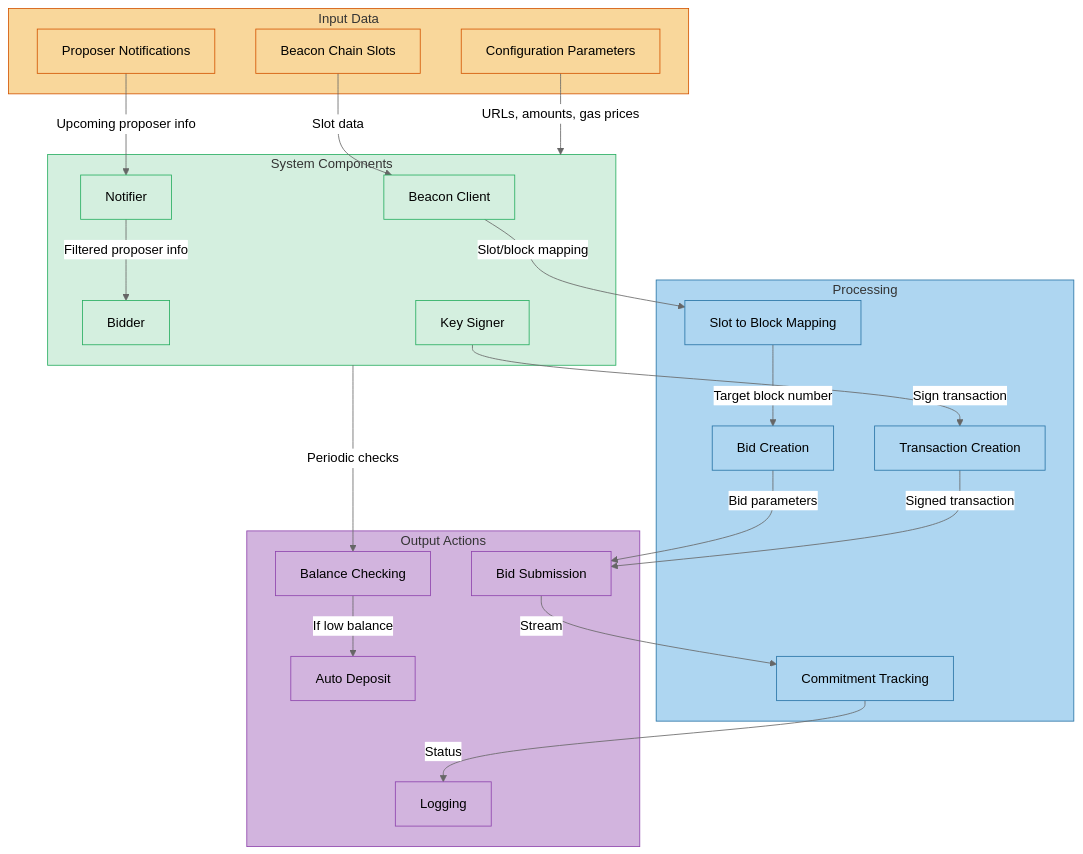
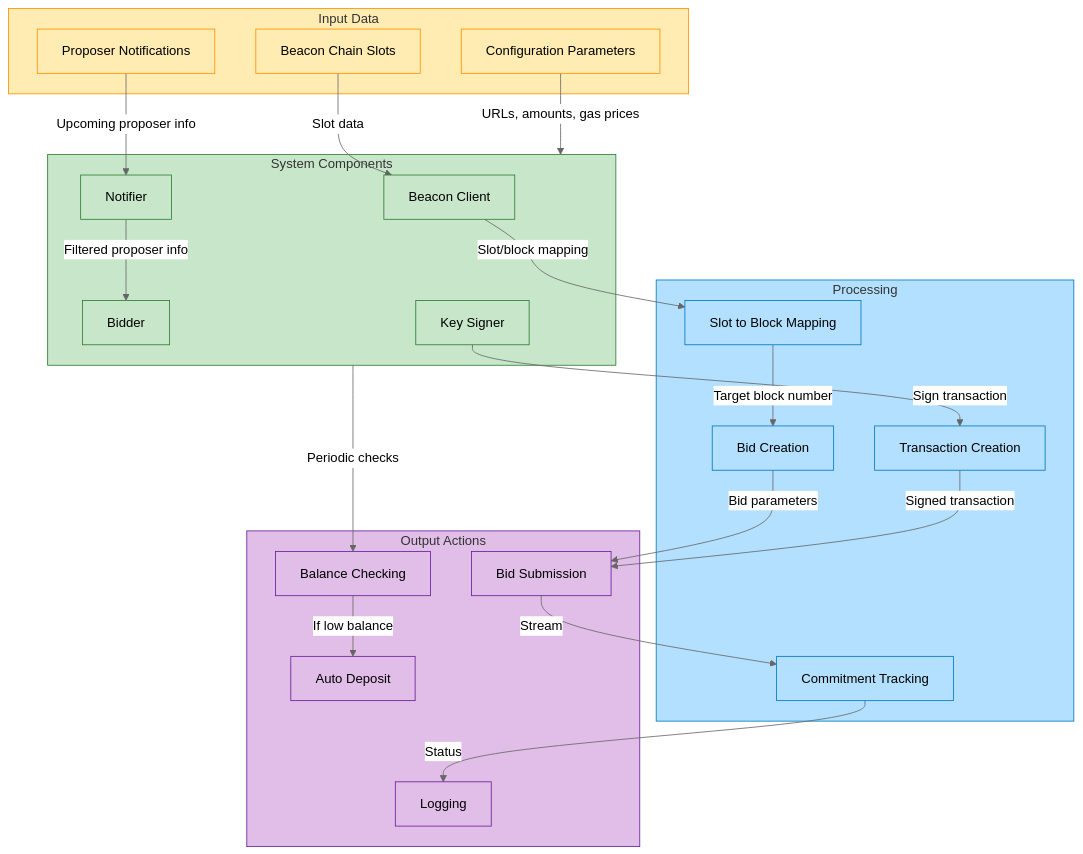
Before and after one commit to primev/mev-commit: the fourth of 5 diagrams in tools/bidder-bot/README.md, drawn with Mermaid (neutral theme). The commit also changed other lines of this file, not shown here.

````diff
--- a/tools/bidder-bot/README.md
+++ b/tools/bidder-bot/README.md
@@ -169,58 +170,58 @@
 ```mermaid
 flowchart TD
     subgraph Inputs["Input Data"]
         BeaconSlots["Beacon Chain Slots"]
         ProposerNotifications["Proposer Notifications"]
         ConfigParams["Configuration Parameters"]
     end
     
     subgraph Processing["Processing"]
         SlotProcessing["Slot to Block Mapping"]
         BidCreation["Bid Creation"]
         TxCreation["Transaction Creation"]
         CommitmentTracking["Commitment Tracking"]
     end
     
     subgraph Components["System Components"]
         BeaconClient["Beacon Client"]
         Notifier["Notifier"]
         Bidder["Bidder"]
         KeySigner["Key Signer"]
     end
     
     subgraph Outputs["Output Actions"]
         BidSubmission["Bid Submission"]
         BalanceCheck["Balance Checking"]
         AutoDeposit["Auto Deposit"]
         Logging["Logging"]
     end
     
     %% Input flows
     BeaconSlots -->|"Slot data"| BeaconClient
     ProposerNotifications -->|"Upcoming proposer info"| Notifier
     ConfigParams -->|"URLs, amounts, gas prices"| Components
     
     %% Component processing
     BeaconClient -->|"Slot/block mapping"| SlotProcessing
     Notifier -->|"Filtered proposer info"| Bidder
     SlotProcessing -->|"Target block number"| BidCreation
     KeySigner -->|"Sign transaction"| TxCreation
     
     %% Output actions
     BidCreation -->|"Bid parameters"| BidSubmission
     TxCreation -->|"Signed transaction"| BidSubmission
     BidSubmission -->|"Stream"| CommitmentTracking
     CommitmentTracking -->|"Status"| Logging
     Components -->|"Periodic checks"| BalanceCheck
     BalanceCheck -->|"If low balance"| AutoDeposit
     
-    classDef input fill:#f9d79b,stroke:#d35400,stroke-width:1px
-    classDef process fill:#aed6f1,stroke:#2874a6,stroke-width:1px
-    classDef component fill:#d4efdf,stroke:#27ae60,stroke-width:1px
-    classDef output fill:#d2b4de,stroke:#8e44ad,stroke-width:1px
+    classDef input fill:#ffecb3,stroke:#ff8f00,stroke-width:1px
+    classDef process fill:#b3e0ff,stroke:#0277bd,stroke-width:1px
+    classDef component fill:#c8e6c9,stroke:#2e7d32,stroke-width:1px
+    classDef output fill:#e1bee7,stroke:#6a1b9a,stroke-width:1px
     
     class Inputs,BeaconSlots,ProposerNotifications,ConfigParams input
     class Processing,SlotProcessing,BidCreation,TxCreation,CommitmentTracking process
     class Components,BeaconClient,Notifier,Bidder,KeySigner component
     class Outputs,BidSubmission,BalanceCheck,AutoDeposit,Logging output
 ```
````
